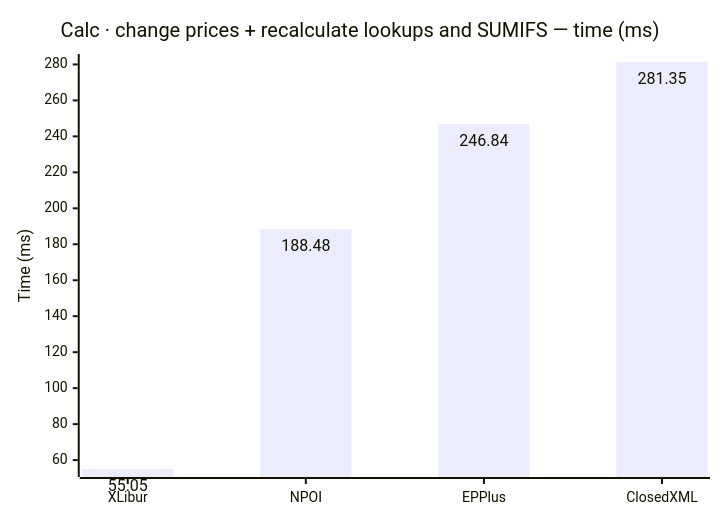
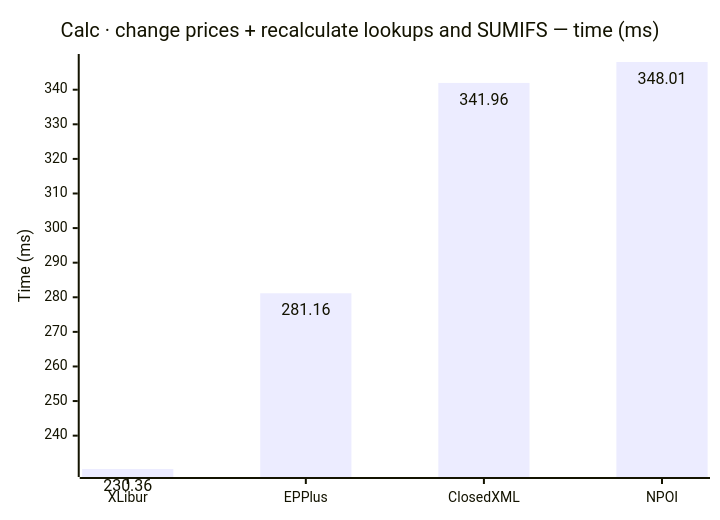
One commit to jafin/XLBench changed diagram 15 of 18 in docs/results-ci.md. Above: the diagram before and after it, drawn with Mermaid. The commit also changed other lines of this file, not shown here.

````diff
--- a/docs/results-ci.md
+++ b/docs/results-ci.md
@@ -225,12 +225,12 @@
 ```mermaid
 ---
 config:
   xyChart:
     showDataLabel: true
 ---
 xychart-beta
     title "Calc · change prices + recalculate lookups and SUMIFS — time (ms)"
-    x-axis ["XLibur", "NPOI", "EPPlus", "ClosedXML"]
+    x-axis ["XLibur", "EPPlus", "ClosedXML", "NPOI"]
     y-axis "Time (ms)"
-    bar [55.05, 188.48, 246.84, 281.35]
+    bar [230.36, 281.16, 341.96, 348.01]
 ```
````
